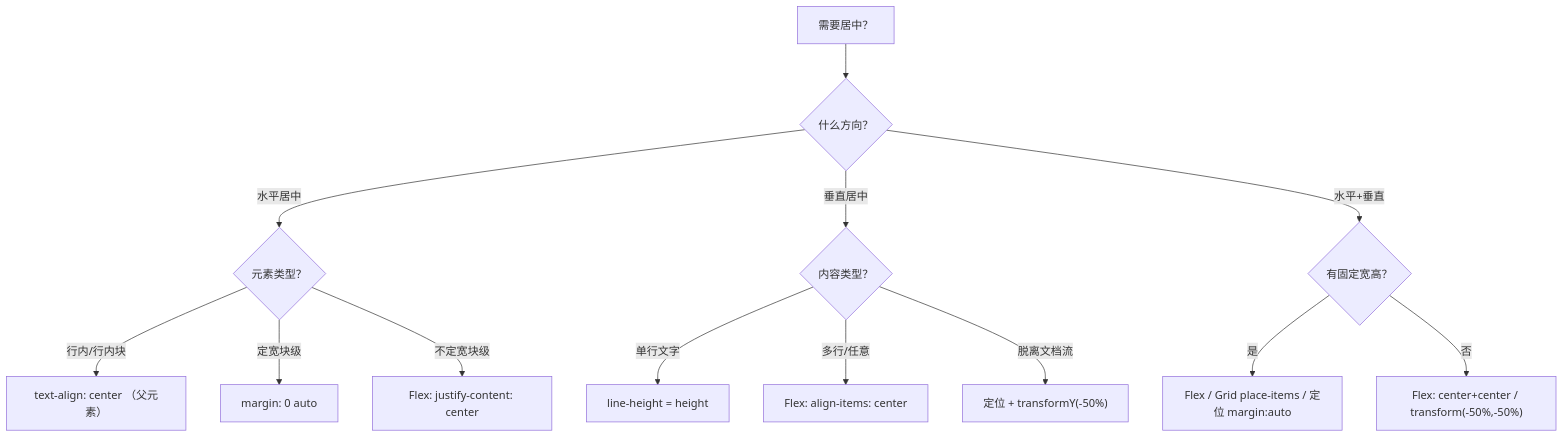
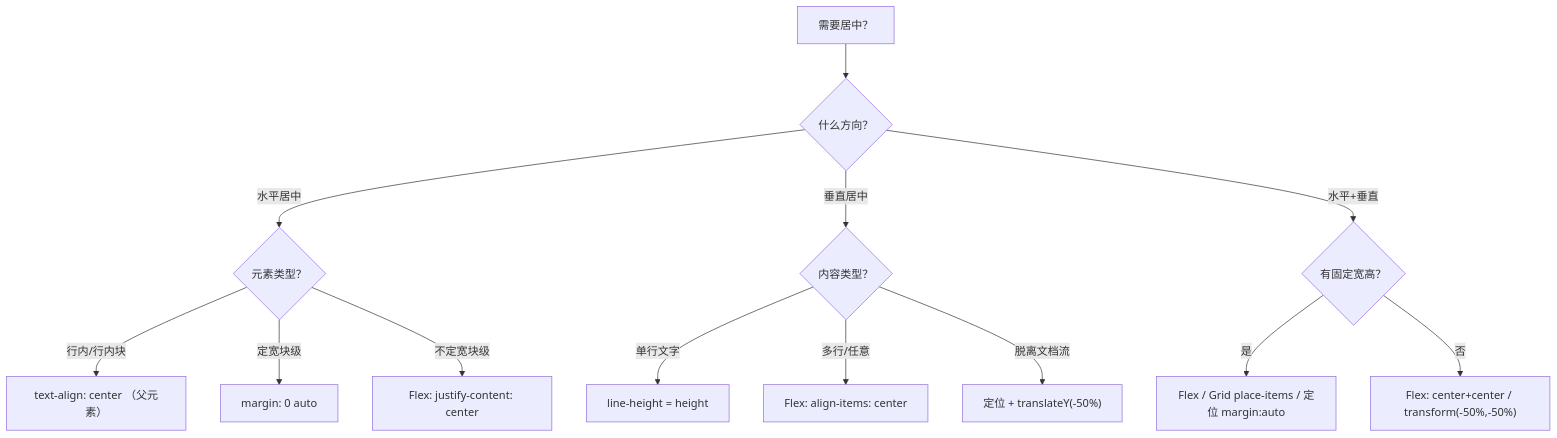
Before and after one commit to zjh42139/interview-notes: the diagram in docs/CSS/center-layout.md, drawn with Mermaid. The commit also changed other lines of this file and 118 other files, not shown here.

````diff
--- a/docs/CSS/center-layout.md
+++ b/docs/CSS/center-layout.md
@@ -175,18 +175,18 @@
 ```mermaid
 graph TD
     Start["需要居中？"] --> Q1{"什么方向？"}
 
     Q1 -->|"水平居中"| Q2{"元素类型？"}
     Q2 -->|"行内/行内块"| A1["text-align: center （父元素）"]
     Q2 -->|"定宽块级"| A2["margin: 0 auto"]
     Q2 -->|"不定宽块级"| A3["Flex: justify-content: center"]
 
     Q1 -->|"垂直居中"| Q3{"内容类型？"}
     Q3 -->|"单行文字"| A4["line-height = height"]
     Q3 -->|"多行/任意"| A5["Flex: align-items: center"]
-    Q3 -->|"脱离文档流"| A6["定位 + transformY(-50%)"]
+    Q3 -->|"脱离文档流"| A6["定位 + translateY(-50%)"]
 
     Q1 -->|"水平+垂直"| Q4{"有固定宽高？"}
     Q4 -->|"是"| A7["Flex / Grid place-items / 定位 margin:auto"]
     Q4 -->|"否"| A8["Flex: center+center / transform(-50%,-50%)"]
 ```
````
